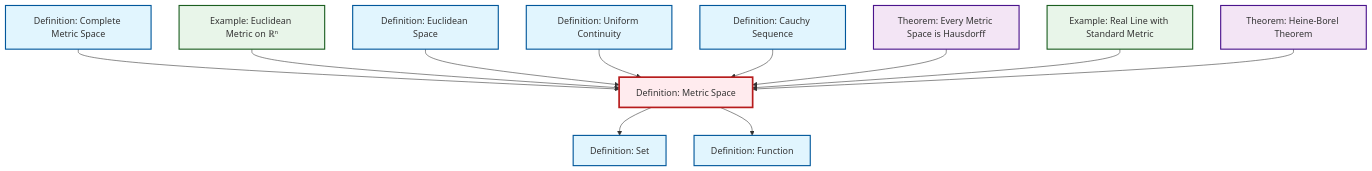
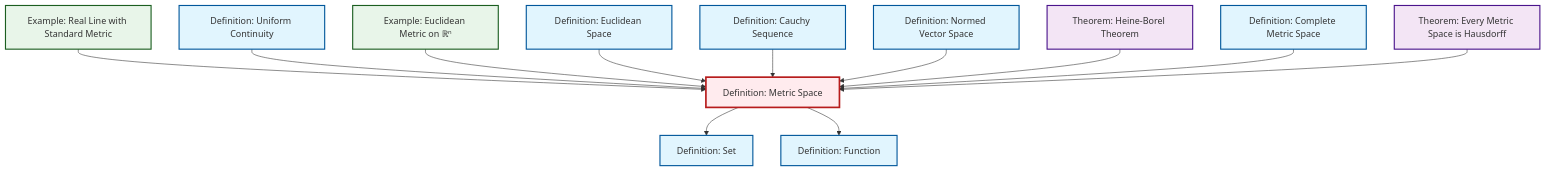
The diagram in content/en/analysis/def-metric-space.qmd (RK0429/ModernMath), drawn with Mermaid before and after one commit. The commit also changed 581 other files, not shown here.

First line of the commit message:
feat: Add epimorphism definition and complete integral domain translations

````diff
--- a/content/en/analysis/def-metric-space.qmd
+++ b/content/en/analysis/def-metric-space.qmd
@@ -51,41 +51,44 @@
 ```{mermaid}
 %%| fig-cap: "Local dependency graph"
 graph TD
     classDef definition fill:#e1f5fe,stroke:#01579b,stroke-width:2px
     classDef theorem fill:#f3e5f5,stroke:#4a148c,stroke-width:2px
     classDef axiom fill:#fff3e0,stroke:#e65100,stroke-width:2px
     classDef example fill:#e8f5e9,stroke:#1b5e20,stroke-width:2px
     classDef current fill:#ffebee,stroke:#b71c1c,stroke-width:3px
-    def-cauchy-sequence["Definition: Cauchy Sequence"]:::definition
-    thm-metric-hausdorff["Theorem: Every Metric Space is Hausdorff"]:::theorem
+    def-normed-vector-space["Definition: Normed Vector Space"]:::definition
+    ex-real-line-metric["Example: Real Line with Standard Metric"]:::example
+    def-function["Definition: Function"]:::definition
     thm-heine-borel["Theorem: Heine-Borel Theorem"]:::theorem
-    def-complete-metric-space["Definition: Complete Metric Space"]:::definition
-    def-set["Definition: Set"]:::definition
-    def-function["Definition: Function"]:::definition
-    def-metric-space["Definition: Metric Space"]:::definition
-    ex-euclidean-metric["Example: Euclidean Metric on ℝⁿ"]:::example
-    ex-real-line-metric["Example: Real Line with Standard Metric"]:::example
     def-euclidean-space["Definition: Euclidean Space"]:::definition
     def-uniform-continuity["Definition: Uniform Continuity"]:::definition
+    thm-metric-hausdorff["Theorem: Every Metric Space is Hausdorff"]:::theorem
+    ex-euclidean-metric["Example: Euclidean Metric on ℝⁿ"]:::example
+    def-metric-space["Definition: Metric Space"]:::definition
+    def-cauchy-sequence["Definition: Cauchy Sequence"]:::definition
+    def-set["Definition: Set"]:::definition
+    def-complete-metric-space["Definition: Complete Metric Space"]:::definition
+    ex-real-line-metric --> def-metric-space
+    def-uniform-continuity --> def-metric-space
+    ex-euclidean-metric --> def-metric-space
+    def-euclidean-space --> def-metric-space
+    def-cauchy-sequence --> def-metric-space
     def-metric-space --> def-set
+    def-normed-vector-space --> def-metric-space
+    thm-heine-borel --> def-metric-space
+    def-metric-space --> def-function
     def-complete-metric-space --> def-metric-space
-    ex-euclidean-metric --> def-metric-space
-    def-metric-space --> def-function
-    def-euclidean-space --> def-metric-space
-    def-uniform-continuity --> def-metric-space
-    def-cauchy-sequence --> def-metric-space
     thm-metric-hausdorff --> def-metric-space
-    ex-real-line-metric --> def-metric-space
-    thm-heine-borel --> def-metric-space
     class def-metric-space current
-    click def-cauchy-sequence "def-cauchy-sequence.html" "Go to Cauchy Sequence definition"
-    click thm-metric-hausdorff "thm-metric-hausdorff.html" "Go to Every Metric Space is Hausdorff theorem"
+    click def-normed-vector-space "def-normed-vector-space.html" "Go to Normed Vector Space definition"
+    click ex-real-line-metric "ex-real-line-metric.html" "Go to Real Line with Standard Metric example"
+    click def-function "def-function.html" "Go to Function definition"
     click thm-heine-borel "thm-heine-borel.html" "Go to Heine-Borel Theorem theorem"
-    click def-complete-metric-space "def-complete-metric-space.html" "Go to Complete Metric Space definition"
-    click def-set "def-set.html" "Go to Set definition"
-    click def-function "def-function.html" "Go to Function definition"
-    click ex-euclidean-metric "ex-euclidean-metric.html" "Go to Euclidean Metric on ℝⁿ example"
-    click ex-real-line-metric "ex-real-line-metric.html" "Go to Real Line with Standard Metric example"
     click def-euclidean-space "def-euclidean-space.html" "Go to Euclidean Space definition"
     click def-uniform-continuity "def-uniform-continuity.html" "Go to Uniform Continuity definition"
+    click thm-metric-hausdorff "thm-metric-hausdorff.html" "Go to Every Metric Space is Hausdorff theorem"
+    click ex-euclidean-metric "ex-euclidean-metric.html" "Go to Euclidean Metric on ℝⁿ example"
+    click def-cauchy-sequence "def-cauchy-sequence.html" "Go to Cauchy Sequence definition"
+    click def-set "def-set.html" "Go to Set definition"
+    click def-complete-metric-space "def-complete-metric-space.html" "Go to Complete Metric Space definition"
 ```
````
